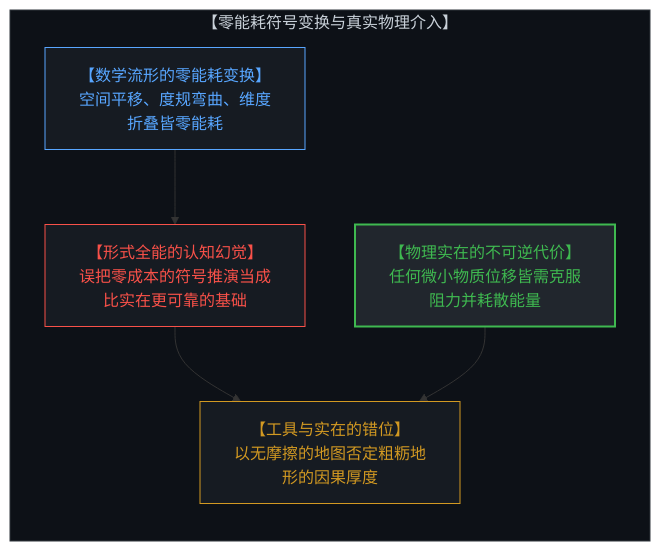
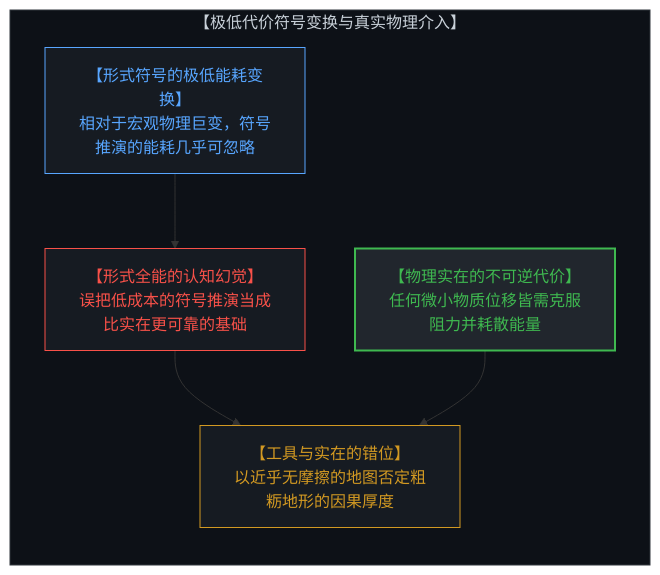
The first of 6 diagrams in content/posts/the-illusion-of-the-tool-and-the-inversion-of-time.md (powerpig99/not-a-toe), drawn with Mermaid before and after one commit. The commit also changed other lines of this file and 3 other files, not shown here.

````diff
--- a/content/posts/the-illusion-of-the-tool-and-the-inversion-of-time.md
+++ b/content/posts/the-illusion-of-the-tool-and-the-inversion-of-time.md
@@ -23,18 +23,18 @@
 ```mermaid
 graph TD
-    subgraph ZeroCostVsPhysicalCost["【零能耗符号变换与真实物理介入】"]
+    subgraph ZeroCostVsPhysicalCost["【极低代价符号变换与真实物理介入】"]
         direction TB
-        MathSpace["【数学流形的零能耗变换】<br>空间平移、度规弯曲、维度折叠皆零能耗"]
-        CognitiveOmnipotence["【形式全能的认知幻觉】<br>误把零成本的符号推演当成比实在更可靠的基础"]
+        MathSpace["【形式符号的极低能耗变换】<br>相对于宏观物理巨变，符号推演的能耗几乎可忽略"]
+        CognitiveOmnipotence["【形式全能的认知幻觉】<br>误把低成本的符号推演当成比实在更可靠的基础"]
         LivingReality["【物理实在的不可逆代价】<br>任何微小物质位移皆需克服阻力并耗散能量"]
-        TheFirstInversion["【工具与实在的错位】<br>以无摩擦的地图否定粗粝地形的因果厚度"]
+        TheFirstInversion["【工具与实在的错位】<br>以近乎无摩擦的地图否定粗粝地形的因果厚度"]
         MathSpace --> CognitiveOmnipotence
         CognitiveOmnipotence --> TheFirstInversion
         LivingReality --> TheFirstInversion
     end
     style ZeroCostVsPhysicalCost fill:#0d1117,stroke:#30363d,stroke-width:1px,color:#c9d1d9
     style MathSpace fill:#161b22,stroke:#58a6ff,stroke-width:1px,color:#58a6ff
     style CognitiveOmnipotence fill:#161b22,stroke:#f85149,stroke-width:1px,color:#f85149
     style LivingReality fill:#21262d,stroke:#3fb950,stroke-width:2px,color:#3fb950
     style TheFirstInversion fill:#161b22,stroke:#d29922,stroke-width:1px,color:#d29922
 ```
````
